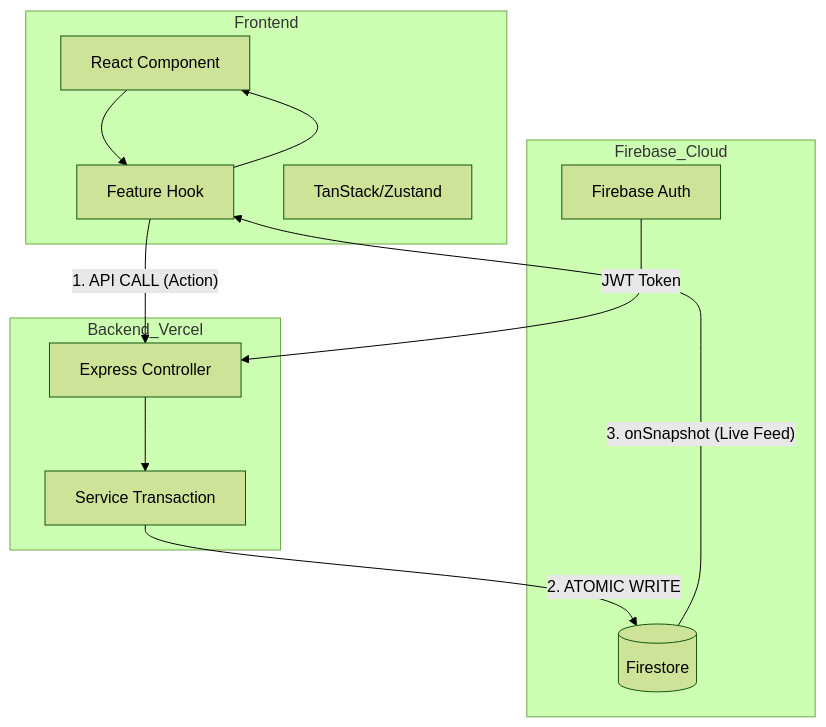
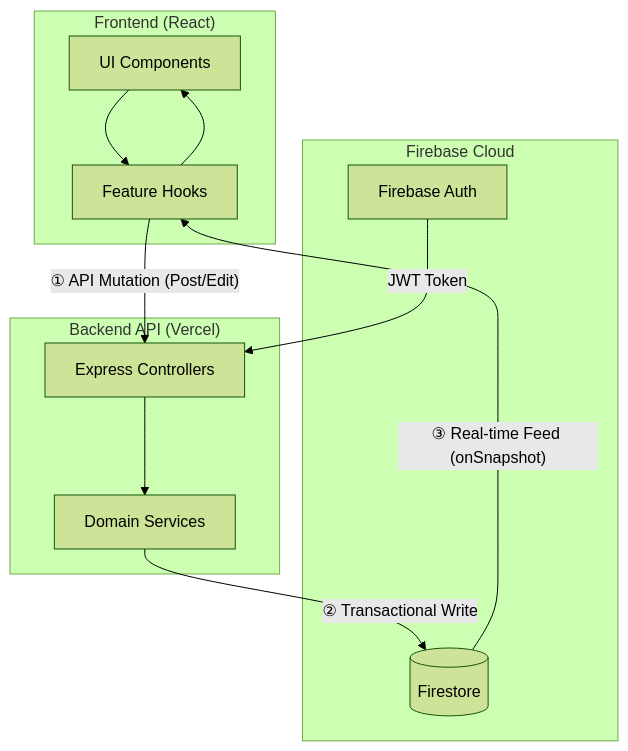
Before and after one commit to ScriptureHabit/scripture-habit: the diagram in docs/architecture.md, drawn with Mermaid (forest theme). The commit also changed other lines of this file and 15 other files, not shown here.

Commit message:
docs: refine and simplify all Architecture Overview documentation in Japanese and English

````diff
--- a/docs/architecture.md
+++ b/docs/architecture.md
@@ -95,26 +51,25 @@
 ```mermaid
 graph TD
-    subgraph Frontend
-        Component[React Component]
-        Hook[Feature Hook]
-        LocalCache[TanStack/Zustand]
+    subgraph Frontend ["Frontend (React)"]
+        Component["UI Components"]
+        Hook["Feature Hooks"]
     end
 
-    subgraph Backend_Vercel
-        API[Express Controller]
-        Service[Service Transaction]
+    subgraph Backend ["Backend API (Vercel)"]
+        API["Express Controllers"]
+        Service["Domain Services"]
     end
 
-    subgraph Firebase_Cloud
-        DB[(Firestore)]
-        Auth[Firebase Auth]
+    subgraph Firebase ["Firebase Cloud"]
+        DB[("Firestore")]
+        Auth["Firebase Auth"]
     end
 
     Component --> Hook
-    Hook -- "1. API CALL (Action)" --> API
+    Hook -- "① API Mutation (Post/Edit)" --> API
     API --> Service
-    Service -- "2. ATOMIC WRITE" --> DB
-    DB -- "3. onSnapshot (Live Feed)" --> Hook
+    Service -- "② Transactional Write" --> DB
+    DB -- "③ Real-time Feed (onSnapshot)" --> Hook
     Hook --> Component
     Auth -- "JWT Token" --> API
 ```
````
